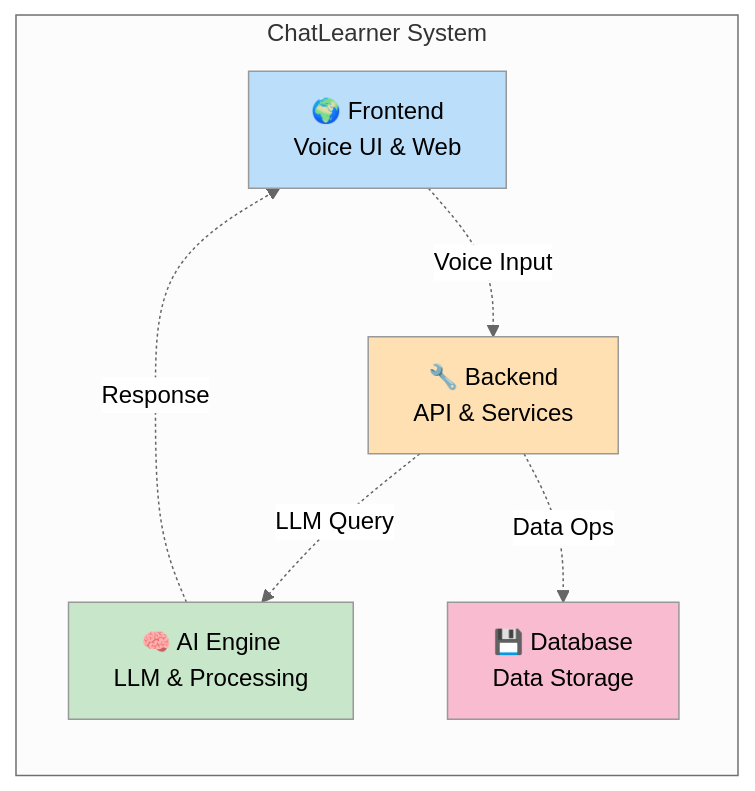
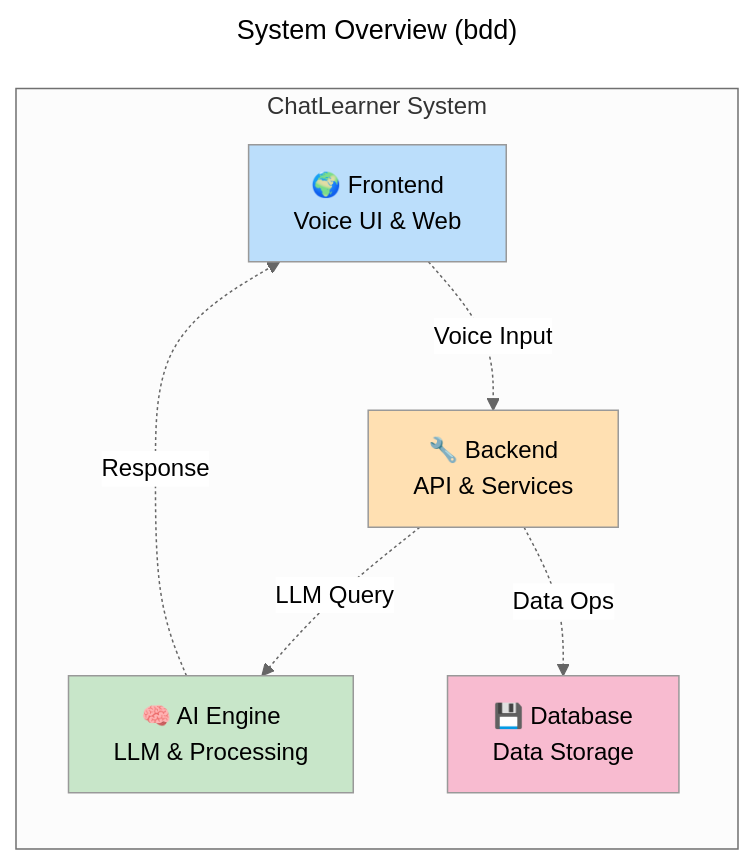
The diagram in figures/02_structure/level_0/sysml-bdd-00-overview.mmd (AzamkhonKh/ai_sla_vr), drawn with Mermaid (neutral theme) before and after one commit. The commit also changed 61 other files, not shown here.

```diff
--- a/figures/02_structure/level_0/sysml-bdd-00-overview.mmd
+++ b/figures/02_structure/level_0/sysml-bdd-00-overview.mmd
@@ -1,18 +1,21 @@
+---
+title: System Overview (bdd)
+---
 graph TB
     subgraph "ChatLearner System"
         direction TB
         A["🌍 Frontend<br/>Voice UI & Web"]
         B["🔧 Backend<br/>API & Services"]
         C["🧠 AI Engine<br/>LLM & Processing"]
         D["💾 Database<br/>Data Storage"]
     end
     
     A -.->|Voice Input| B
     B -.->|LLM Query| C
     B -.->|Data Ops| D
     C -.->|Response| A
     
     style A fill:#bbdefb
     style B fill:#ffe0b2
     style C fill:#c8e6c9
     style D fill:#f8bbd0
```
